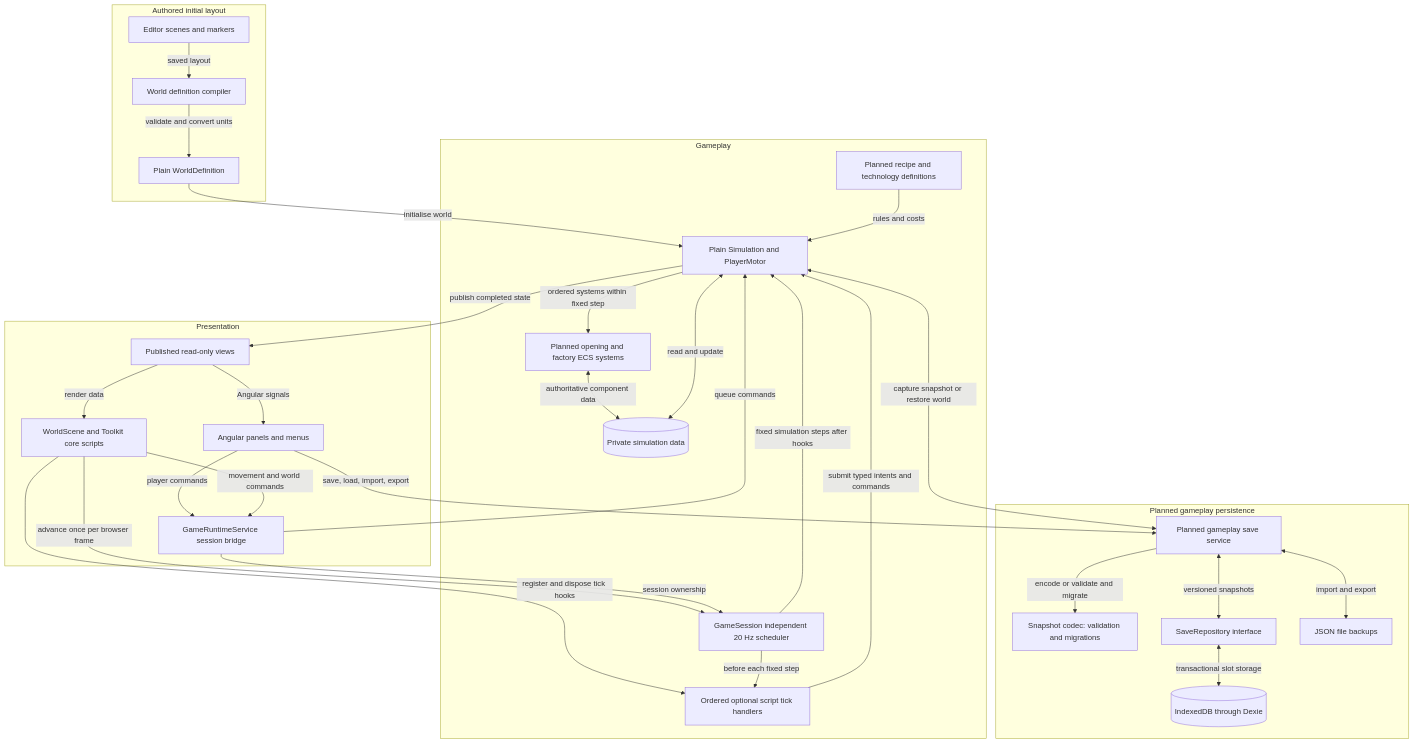
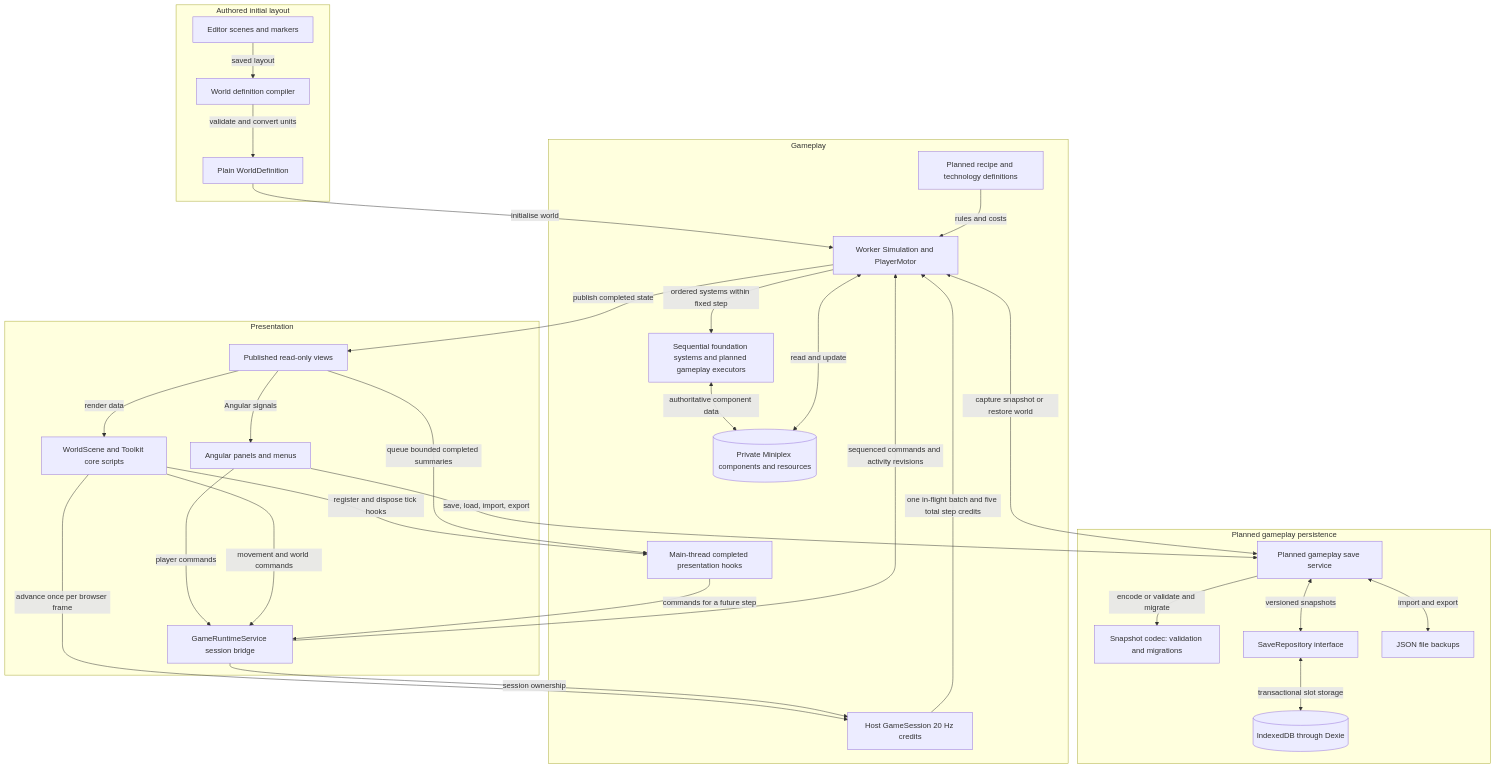
The diagram in docs/diagrams/src/system-interactions.mmd (Googlproxer/Scrapworks), drawn with Mermaid before and after one commit. The commit also changed 49 other files, not shown here.

Commit message:
Qualify production ECS worker and complete Step 0 foundation

```diff
--- a/docs/diagrams/src/system-interactions.mmd
+++ b/docs/diagrams/src/system-interactions.mmd
@@ -1,56 +1,56 @@
 flowchart TB
     subgraph Authoring[Authored initial layout]
         Editor[Editor scenes and markers]
         Compiler[World definition compiler]
         Definition[Plain WorldDefinition]
     end
 
     subgraph Presentation[Presentation]
         UI[Angular panels and menus]
         Scene[WorldScene and Toolkit core scripts]
         Facade[GameRuntimeService session bridge]
         Views[Published read-only views]
     end
 
     subgraph Gameplay[Gameplay]
-        Loop[GameSession independent 20 Hz scheduler]
-        Hooks[Ordered optional script tick handlers]
-        Sim[Plain Simulation and PlayerMotor]
-        State[(Private simulation data)]
+        Loop[Host GameSession 20 Hz credits]
+        Hooks[Main-thread completed presentation hooks]
+        Sim[Worker Simulation and PlayerMotor]
+        State[(Private Miniplex components and resources)]
         Content[Planned recipe and technology definitions]
-        ECS[Planned opening and factory ECS systems]
+        ECS[Sequential foundation systems and planned gameplay executors]
     end
 
     subgraph Persistence[Planned gameplay persistence]
         Saves[Planned gameplay save service]
         Codec[Snapshot codec: validation and migrations]
         Repository[SaveRepository interface]
         Local[(IndexedDB through Dexie)]
         Files[JSON file backups]
     end
 
     Editor -->|saved layout| Compiler
     Compiler -->|validate and convert units| Definition
     Definition -->|initialise world| Sim
     UI -->|player commands| Facade
     Scene -->|movement and world commands| Facade
-    Facade -->|queue commands| Sim
+    Facade -->|sequenced commands and activity revisions| Sim
     Scene -->|advance once per browser frame| Loop
     Facade -->|session ownership| Loop
     Scene -->|register and dispose tick hooks| Hooks
-    Loop -->|before each fixed step| Hooks
-    Hooks -->|submit typed intents and commands| Sim
-    Loop -->|fixed simulation steps after hooks| Sim
+    Views -->|queue bounded completed summaries| Hooks
+    Hooks -->|commands for a future step| Facade
+    Loop -->|one in-flight batch and five total step credits| Sim
     Sim -->|ordered systems within fixed step| ECS
     ECS <-->|authoritative component data| State
     Content -->|rules and costs| Sim
     Sim <-->|read and update| State
     Sim -->|publish completed state| Views
     Views -->|Angular signals| UI
     Views -->|render data| Scene
     UI -->|save, load, import, export| Saves
     Saves <-->|capture snapshot or restore world| Sim
     Saves -->|encode or validate and migrate| Codec
     Saves <-->|versioned snapshots| Repository
     Repository <-->|transactional slot storage| Local
     Saves <-->|import and export| Files
```
